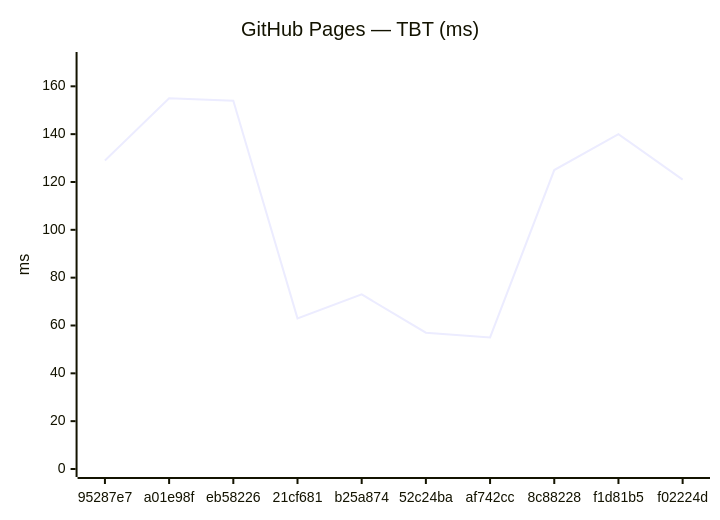
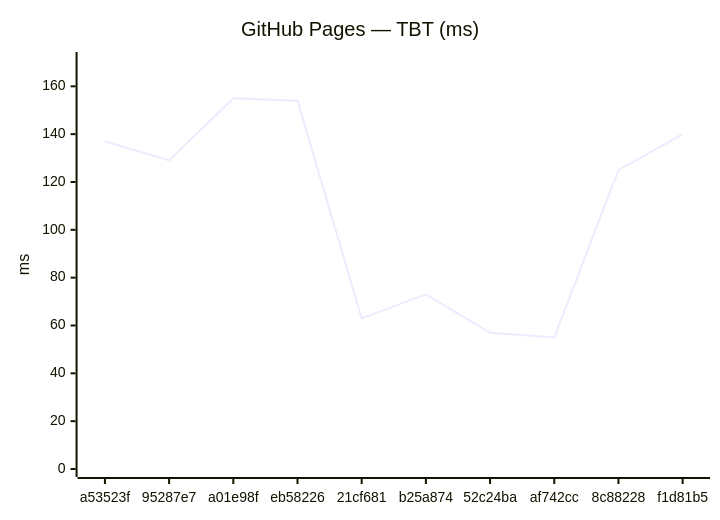
The fourth of 18 diagrams in benchmarks/compare.md (Metaheurist/Rianell), drawn with Mermaid before and after one commit. The commit also changed other lines of this file and 11 other files, not shown here.

````diff
--- a/benchmarks/compare.md
+++ b/benchmarks/compare.md
@@ -61,7 +61,7 @@
 ```mermaid
 xychart-beta
     title "GitHub Pages — TBT (ms)"
-    x-axis ["95287e7", "a01e98f", "eb58226", "21cf681", "b25a874", "52c24ba", "af742cc", "8c88228", "f1d81b5", "f02224d"]
+    x-axis ["a53523f", "95287e7", "a01e98f", "eb58226", "21cf681", "b25a874", "52c24ba", "af742cc", "8c88228", "f1d81b5"]
     y-axis "ms" 0 --> 171
-    line [129, 155, 154, 63, 73, 57, 55, 125, 140, 121]
+    line [137, 129, 155, 154, 63, 73, 57, 55, 125, 140]
 ```
````
